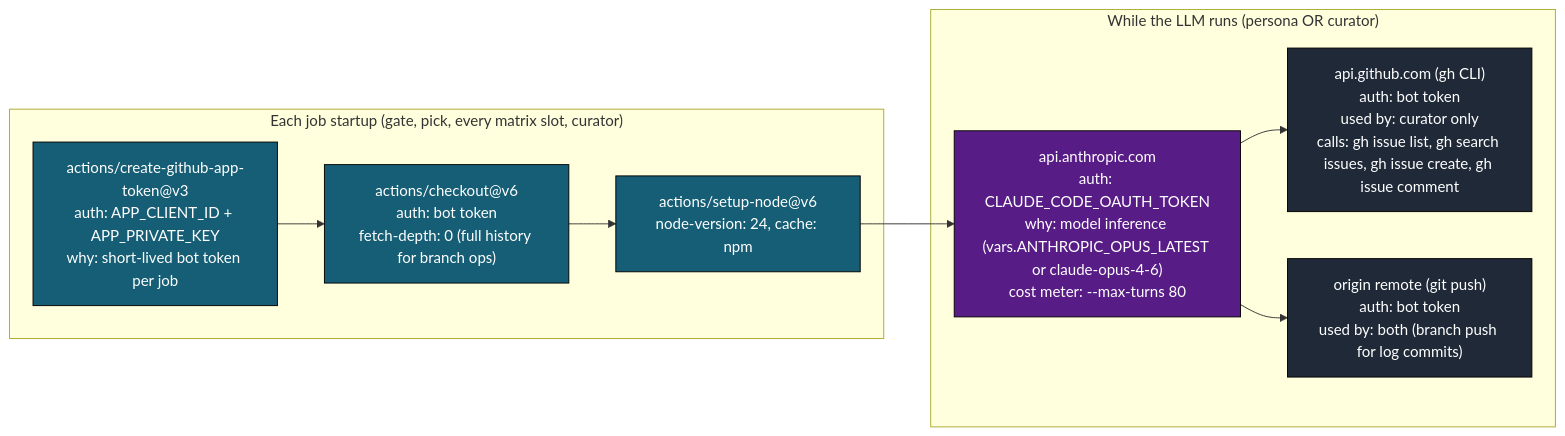
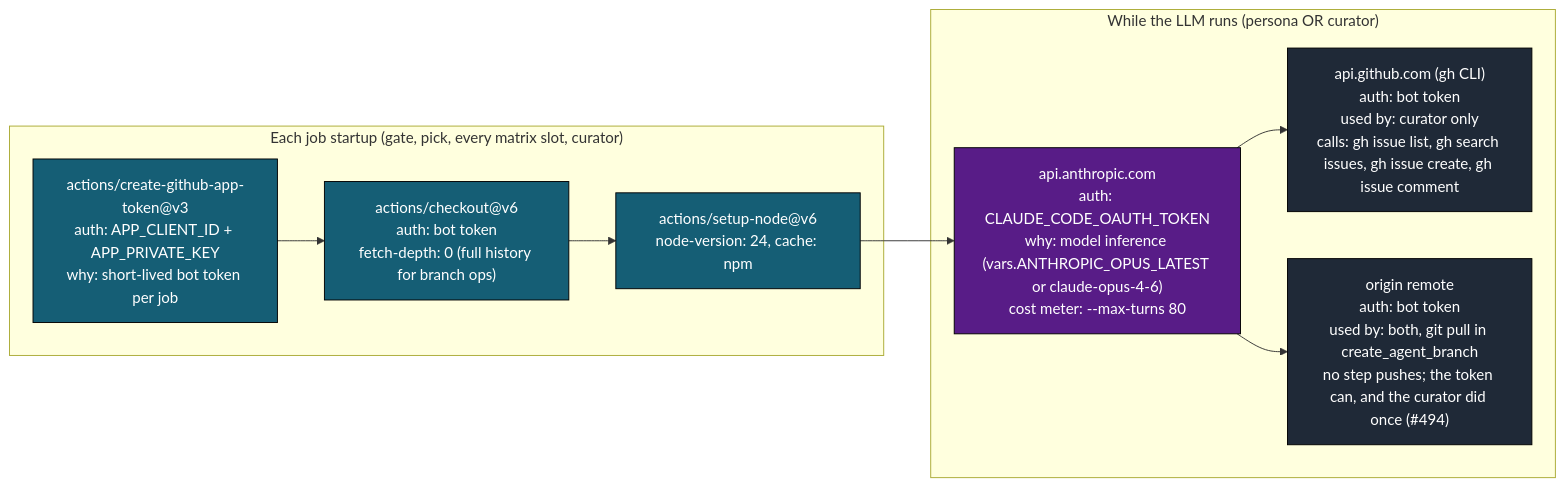
One commit to llm-exe/llm-exe changed the eighth of 12 diagrams in .github/docs/PERSONAS_RUN_DEEP_DIVE.md. Above: the diagram before and after it, drawn with Mermaid. The commit also changed other lines of this file and 2 other files, not shown here.

````diff
--- a/.github/docs/PERSONAS_RUN_DEEP_DIVE.md
+++ b/.github/docs/PERSONAS_RUN_DEEP_DIVE.md
@@ -510,24 +510,24 @@
 ```mermaid
 flowchart LR
     classDef pre fill:#155e75,color:#fff,stroke:#000
     classDef llm fill:#581c87,color:#fff,stroke:#000
     classDef gh fill:#1f2937,color:#fff,stroke:#000
 
     subgraph Pre["Each job startup (gate, pick, every matrix slot, curator)"]
         c1["actions/create-github-app-token@v3\nauth: APP_CLIENT_ID + APP_PRIVATE_KEY\nwhy: short-lived bot token per job"]:::pre
         c2["actions/checkout@v6\nauth: bot token\nfetch-depth: 0 (full history for branch ops)"]:::pre
         c3["actions/setup-node@v6\nnode-version: 24, cache: npm"]:::pre
     end
 
     subgraph During["While the LLM runs (persona OR curator)"]
         d1["api.anthropic.com\nauth: CLAUDE_CODE_OAUTH_TOKEN\nwhy: model inference (vars.ANTHROPIC_OPUS_LATEST or claude-opus-4-6)\ncost meter: --max-turns 80"]:::llm
         d2["api.github.com (gh CLI)\nauth: bot token\nused by: curator only\ncalls: gh issue list, gh search issues, gh issue create, gh issue comment"]:::gh
-        d3["origin remote (git push)\nauth: bot token\nused by: both (branch push for log commits)"]:::gh
+        d3["origin remote\nauth: bot token\nused by: both, git pull in create_agent_branch\nno step pushes; the token can, and the curator did once (#494)"]:::gh
     end
 
     c1 --> c2
     c2 --> c3
     c3 --> d1
     d1 --> d2
     d1 --> d3
 ```
````
